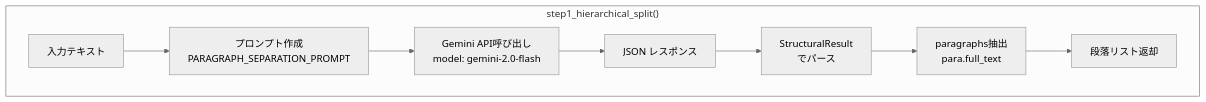
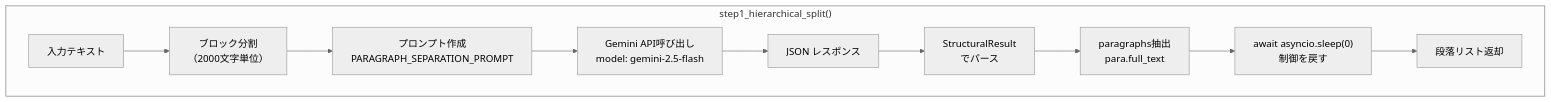
The third of 8 diagrams in chunking/doc/check_async.md (nakashima2toshio/gemini_grace_agent), drawn with Mermaid (neutral theme) before and after one commit. The commit also changed other lines of this file and 10 other files, not shown here.

````diff
--- a/chunking/doc/check_async.md
+++ b/chunking/doc/check_async.md
@@ -454,11 +578,13 @@
 ```mermaid
 flowchart TD
     subgraph Step1["step1_hierarchical_split()"]
-        A["入力テキスト"] --> B["プロンプト作成<br/>PARAGRAPH_SEPARATION_PROMPT"]
-        B --> C["Gemini API呼び出し<br/>model: gemini-2.0-flash"]
+        A["入力テキスト"] --> A1["ブロック分割<br/>（2000文字単位）"]
+        A1 --> B["プロンプト作成<br/>PARAGRAPH_SEPARATION_PROMPT"]
+        B --> C["Gemini API呼び出し<br/>model: gemini-2.5-flash"]
         C --> D["JSON レスポンス"]
         D --> E["StructuralResult<br/>でパース"]
         E --> F["paragraphs抽出<br/>para.full_text"]
-        F --> G["段落リスト返却"]
+        F --> G["await asyncio.sleep(0)<br/>制御を戻す"]
+        G --> H["段落リスト返却"]
     end
 ```
````
